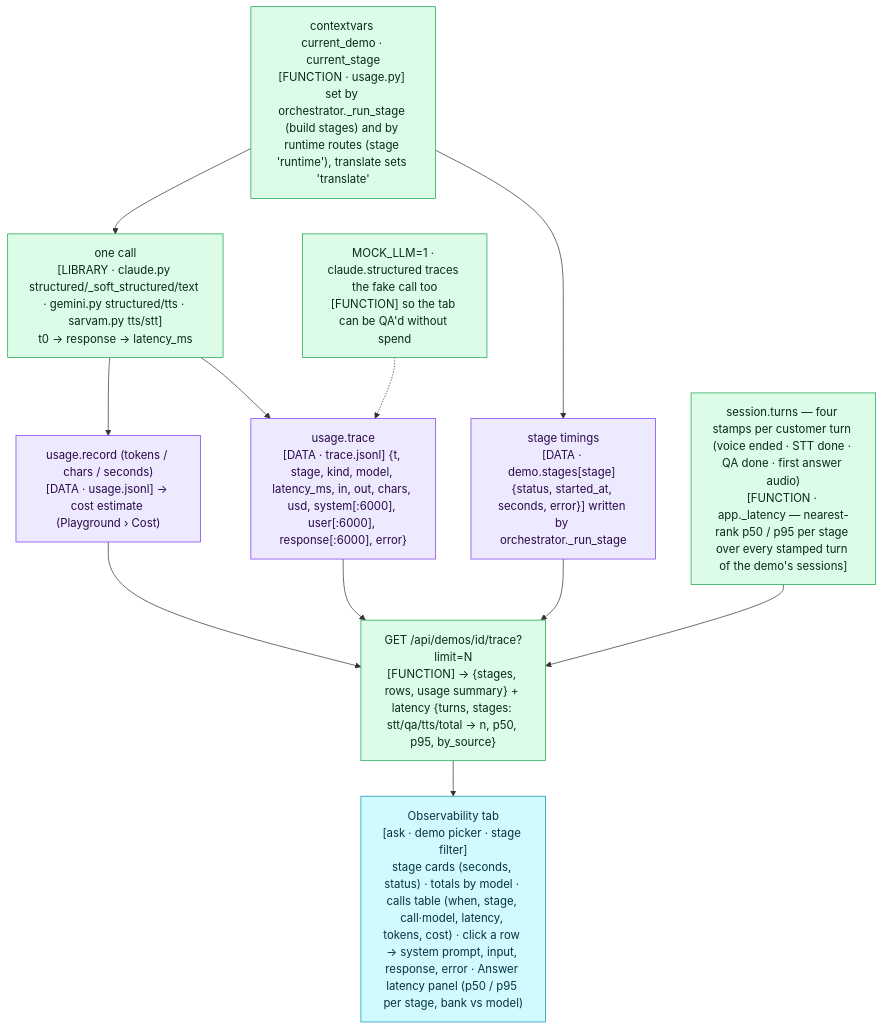
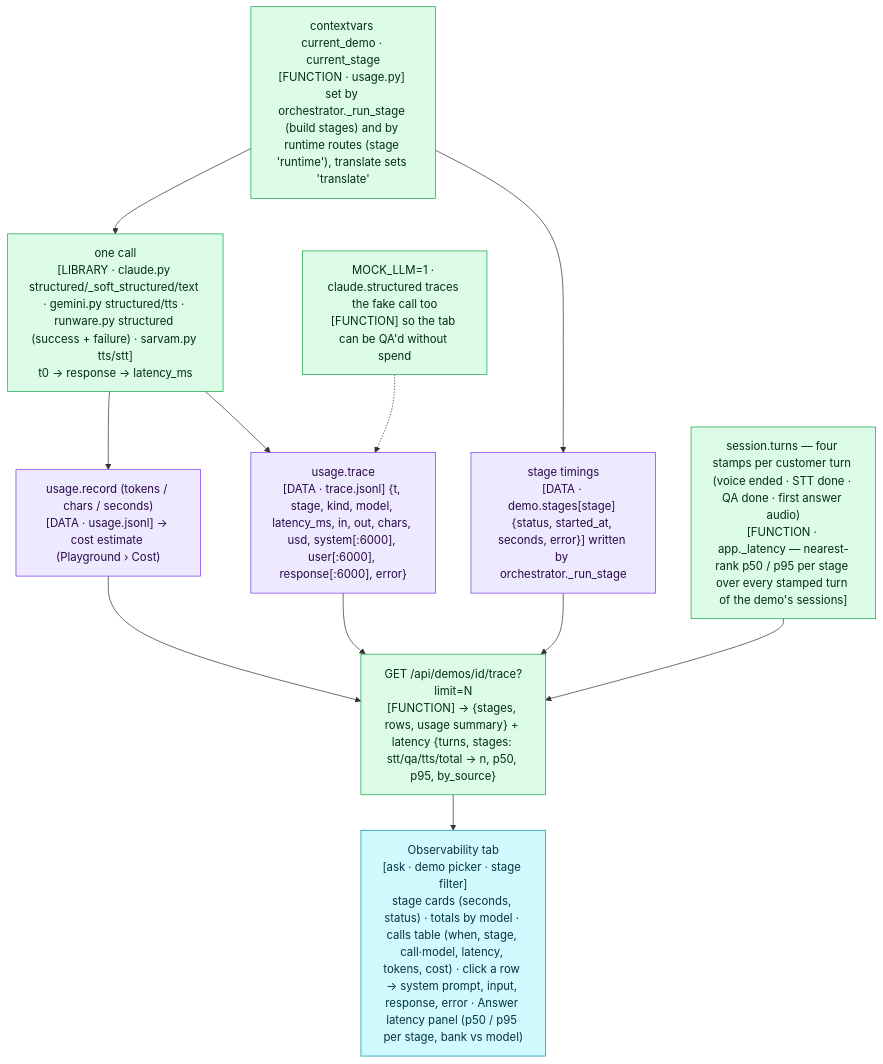
One commit to APareek89/demo-studio changed the diagram in docs/mermaid/07-observability.mmd. Above: the diagram before and after it, drawn with Mermaid. The commit also changed 25 other files, not shown here.

Commit message:
Add Runware text fallback and configurable model tiers

```diff
--- a/docs/mermaid/07-observability.mmd
+++ b/docs/mermaid/07-observability.mmd
@@ -1,28 +1,28 @@
 %% 07 · Observability — every model / speech call → trace.jsonl → Observability tab (web/observability.js)
 flowchart TD
   CTX["contextvars current_demo · current_stage<br/>[FUNCTION · usage.py] set by orchestrator._run_stage (build stages) and by runtime routes (stage 'runtime'), translate sets 'translate'"]:::fn
-  CALL["one call<br/>[LIBRARY · claude.py structured/_soft_structured/text · gemini.py structured/tts · sarvam.py tts/stt]<br/>t0 → response → latency_ms"]:::fn
+  CALL["one call<br/>[LIBRARY · claude.py structured/_soft_structured/text · gemini.py structured/tts · runware.py structured (success + failure) · sarvam.py tts/stt]<br/>t0 → response → latency_ms"]:::fn
   REC["usage.record (tokens / chars / seconds)<br/>[DATA · usage.jsonl] → cost estimate (Playground › Cost)"]:::data
   TR["usage.trace<br/>[DATA · trace.jsonl] {t, stage, kind, model, latency_ms, in, out, chars, usd, system[:6000], user[:6000], response[:6000], error}"]:::data
   STG["stage timings<br/>[DATA · demo.stages[stage] {status, started_at, seconds, error}] written by orchestrator._run_stage"]:::data
   LAT["session.turns — four stamps per customer turn (voice ended · STT done · QA done · first answer audio)<br/>[FUNCTION · app._latency — nearest-rank p50 / p95 per stage over every stamped turn of the demo's sessions]"]:::fn
   API["GET /api/demos/id/trace?limit=N<br/>[FUNCTION] → {stages, rows, usage summary} + latency {turns, stages: stt/qa/tts/total → n, p50, p95, by_source}"]:::fn
   TAB["Observability tab<br/>[ask · demo picker · stage filter]<br/>stage cards (seconds, status) · totals by model · calls table (when, stage, call·model, latency, tokens, cost) · click a row → system prompt, input, response, error · Answer latency panel (p50 / p95 per stage, bank vs model)"]:::ask
   MOCK["MOCK_LLM=1 · claude.structured traces the fake call too<br/>[FUNCTION] so the tab can be QA'd without spend"]:::fn
 
   CTX --> CALL --> REC
   CALL --> TR
   CTX --> STG
   TR --> API
   STG --> API
   REC --> API
   API --> TAB
   MOCK -.-> TR
 
   LAT --> API
   classDef agent fill:#dbeafe,stroke:#2563eb,color:#0b2a5b;
   classDef fn fill:#dcfce7,stroke:#16a34a,color:#052e16;
   classDef dec fill:#f3e8ff,stroke:#9333ea,color:#2a0a4a;
   classDef term fill:#e5e7eb,stroke:#6b7280,color:#111827;
   classDef ask fill:#cffafe,stroke:#0891b2,color:#083344;
   classDef data fill:#ede9fe,stroke:#7c3aed,color:#2a0a4a;
```
